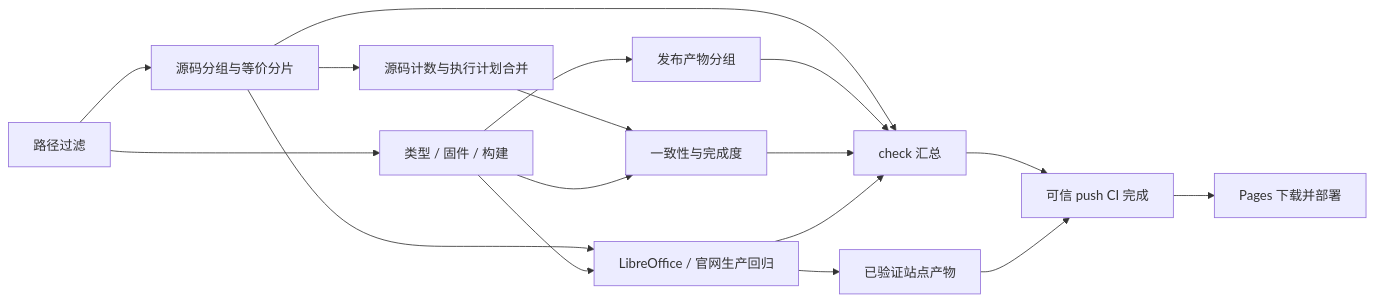
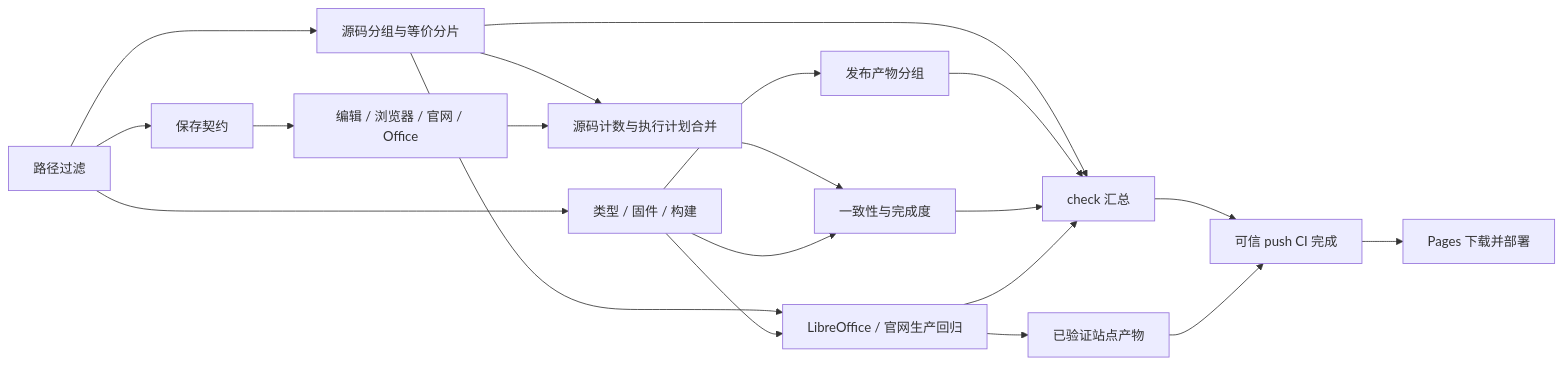
One commit to unStone/web-ppt changed the diagram in docs/design/ci-performance.md. Above: the diagram before and after it, drawn with Mermaid. The commit also changed other lines of this file and 17 other files, not shown here.

````diff
--- a/docs/design/ci-performance.md
+++ b/docs/design/ci-performance.md
@@ -16,19 +16,22 @@
 ```mermaid
 flowchart LR
   P[路径过滤] --> S[源码分组与等价分片]
+  P --> F[保存契约]
+  F --> E[编辑 / 浏览器 / 官网 / Office]
   P --> B[类型 / 固件 / 构建]
   B --> D[发布产物分组]
   S --> M[源码计数与执行计划合并]
+  E --> M
   M --> V[一致性与完成度]
   B --> V
   S --> O[LibreOffice / 官网生产回归]
   B --> O
   S --> C[check 汇总]
   D --> C
   V --> C
   O --> C
   O --> A[已验证站点产物]
   C --> W[可信 push CI 完成]
   A --> W
   W --> G[Pages 下载并部署]
 ```
````
